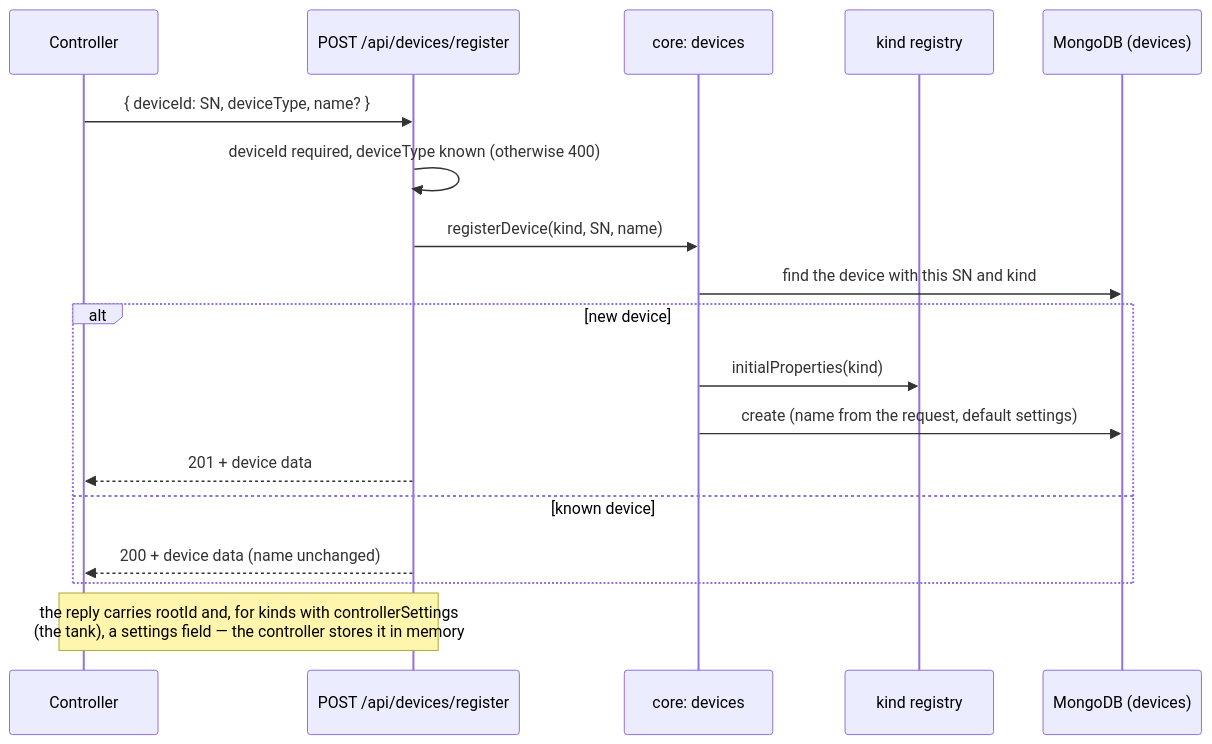
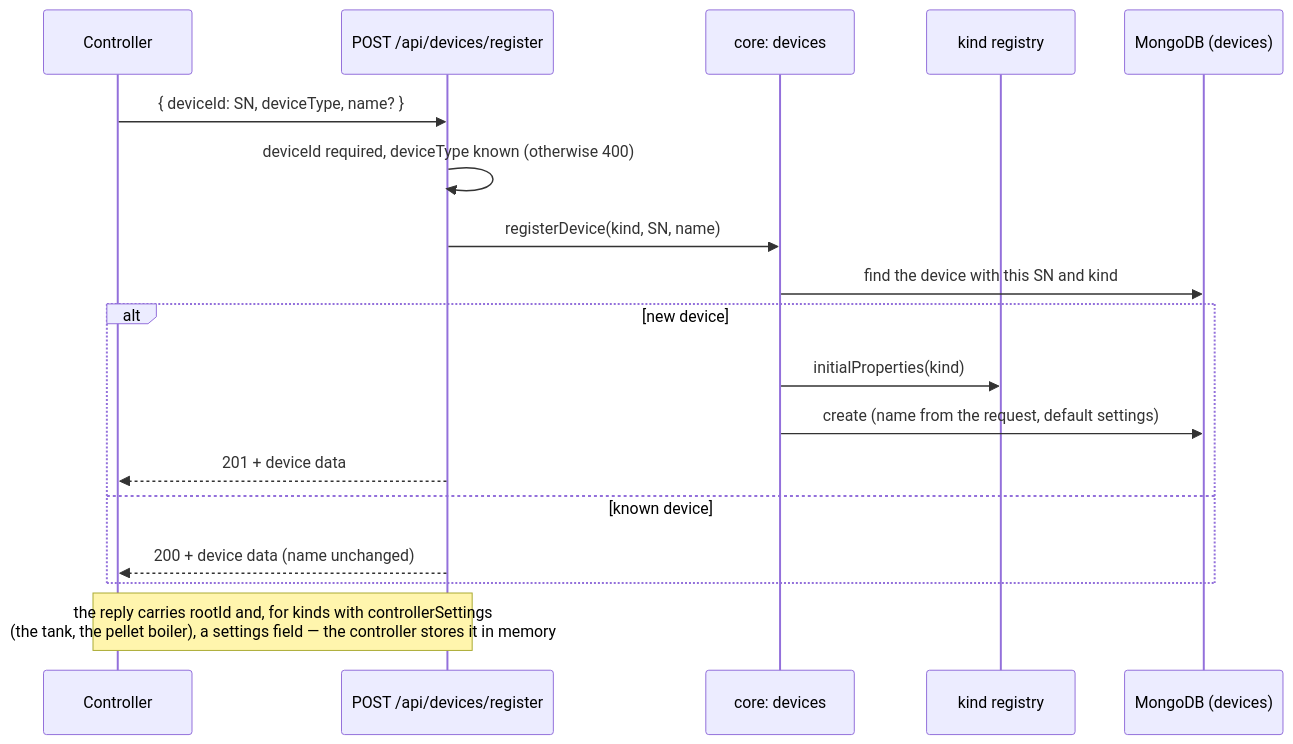
One commit to robertorlowski/chpc-web changed the second of 6 diagrams in docs/en/moduly/core/2-how-it-works.md. Above: the diagram before and after it, drawn with Mermaid. The commit also changed other lines of this file and 78 other files, not shown here.

````diff
--- a/docs/en/moduly/core/2-how-it-works.md
+++ b/docs/en/moduly/core/2-how-it-works.md
@@ -51,20 +56,20 @@
 ```mermaid
 sequenceDiagram
     participant S as Controller
     participant R as POST /api/devices/register
     participant D as core: devices
     participant T as kind registry
     participant M as MongoDB (devices)
     S->>R: { deviceId: SN, deviceType, name? }
     R->>R: deviceId required, deviceType known (otherwise 400)
     R->>D: registerDevice(kind, SN, name)
     D->>M: find the device with this SN and kind
     alt new device
         D->>T: initialProperties(kind)
         D->>M: create (name from the request, default settings)
         R-->>S: 201 + device data
     else known device
         R-->>S: 200 + device data (name unchanged)
     end
-    Note over R,S: the reply carries rootId and, for kinds with controllerSettings<br/>(the tank), a settings field — the controller stores it in memory
+    Note over R,S: the reply carries rootId and, for kinds with controllerSettings<br/>(the tank, the pellet boiler), a settings field — the controller stores it in memory
 ```
````
